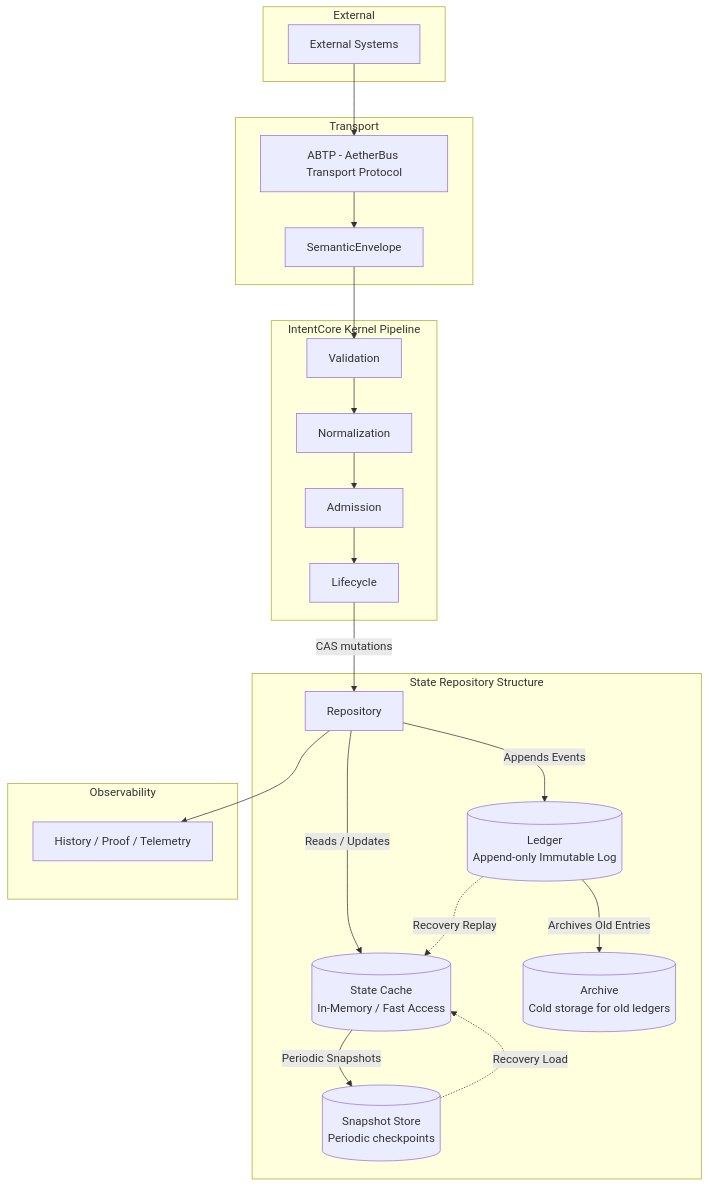
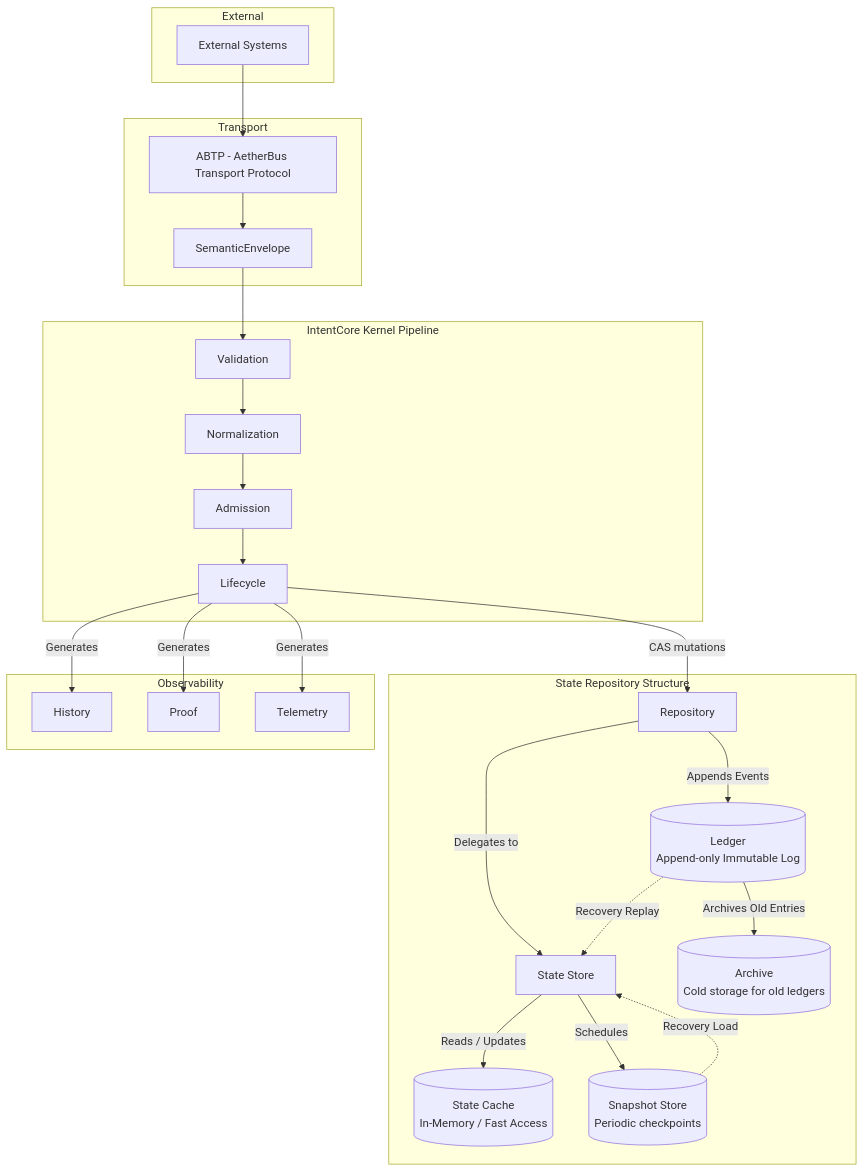
Before and after one commit to Orolar-CNR/IntentCore: the diagram in README.md, drawn with Mermaid. The commit also changed 4 other files, not shown here.

Commit message:
docs: align architectural diagrams and pipeline flows with Phase 2 baseline (#43)

````diff
--- a/README.md
+++ b/README.md
@@ -28,46 +28,54 @@
 ```mermaid
 graph TD
     subgraph External
         Ext[External Systems]
     end
 
     subgraph Transport
         ABTP[ABTP - AetherBus Transport Protocol]
         SE[SemanticEnvelope]
     end
 
     subgraph IntentCore Kernel Pipeline
         Val[Validation]
         Norm[Normalization]
         Adm[Admission]
         Life[Lifecycle]
     end
 
     subgraph State Repository Structure
         Repo[Repository]
+        StateStore[State Store]
         Cache[(State Cache<br>In-Memory / Fast Access)]
+        Snap[(Snapshot Store<br>Periodic checkpoints)]
         Ledger[(Ledger<br>Append-only Immutable Log)]
-        Snap[(Snapshot Store<br>Periodic checkpoints)]
         Arch[(Archive<br>Cold storage for old ledgers)]
 
-        Repo -->|Reads / Updates| Cache
+        Repo -->|Delegates to| StateStore
         Repo -->|Appends Events| Ledger
-        Cache -->|Periodic Snapshots| Snap
+        StateStore -->|Reads / Updates| Cache
+        StateStore -->|Schedules| Snap
         Ledger -->|Archives Old Entries| Arch
-        Snap -.->|Recovery Load| Cache
-        Ledger -.->|Recovery Replay| Cache
     end
 
     subgraph Observability
-        HPT[History / Proof / Telemetry]
+        Hist[History]
+        Proof[Proof]
+        Tele[Telemetry]
     end
 
     Ext --> ABTP
     ABTP --> SE
     SE --> Val
     Val --> Norm
     Norm --> Adm
     Adm --> Life
+    Life -->|Generates| Hist
+    Life -->|Generates| Proof
+    Life -->|Generates| Tele
     Life -- "CAS mutations" --> Repo
-    Repo --> HPT
+
+    %% Recovery paths
+    Snap -.->|Recovery Load| StateStore
+    Ledger -.->|Recovery Replay| StateStore
 ```
````
